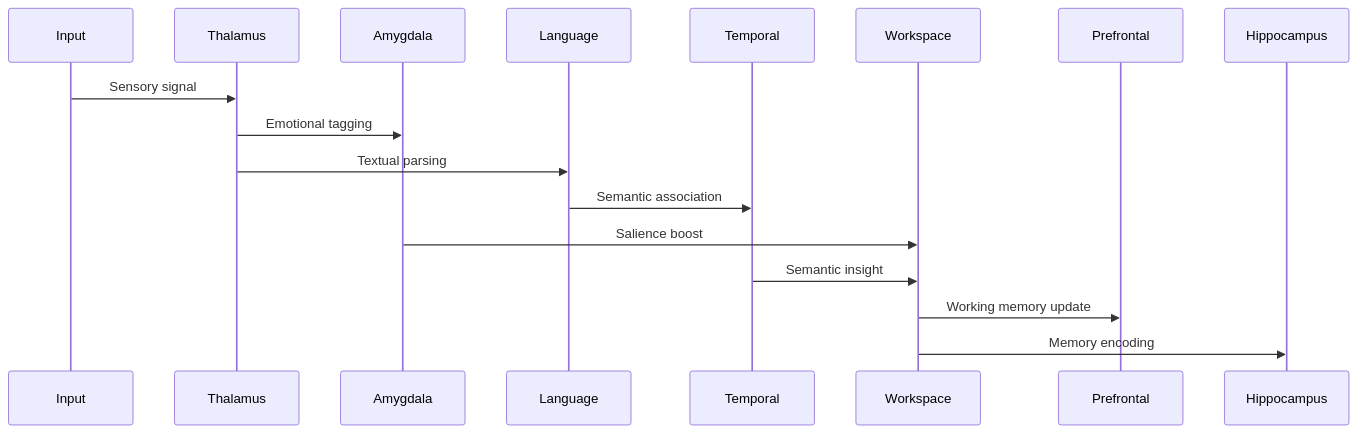
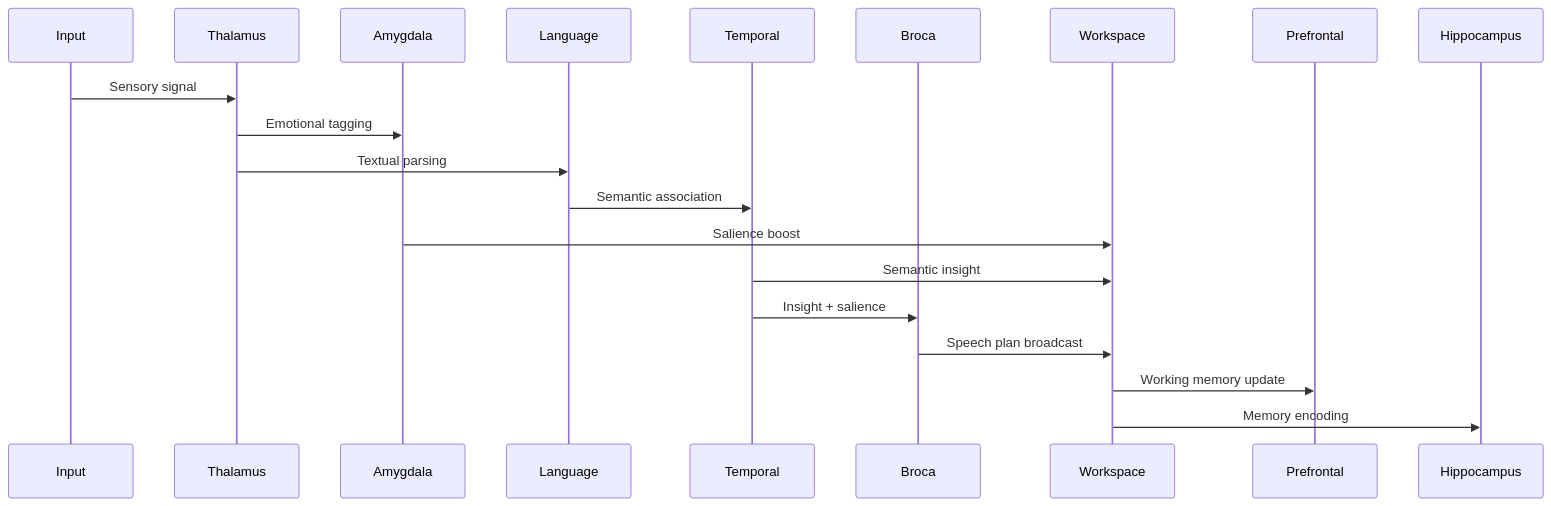
One commit to simonsickle/digital-brain changed the second of 2 diagrams in docs/REGION_MAP.md. Above: the diagram before and after it, drawn with Mermaid. The commit also changed other lines of this file and 10 other files, not shown here.

Commit message:
Add Broca speech planning integration

````diff
--- a/docs/REGION_MAP.md
+++ b/docs/REGION_MAP.md
@@ -64,20 +68,23 @@
 ```mermaid
 sequenceDiagram
     participant Input
     participant Thalamus
     participant Amygdala
     participant Language
     participant Temporal
+    participant Broca
     participant Workspace
     participant Prefrontal
     participant Hippocampus
 
     Input->>Thalamus: Sensory signal
     Thalamus->>Amygdala: Emotional tagging
     Thalamus->>Language: Textual parsing
     Language->>Temporal: Semantic association
     Amygdala->>Workspace: Salience boost
     Temporal->>Workspace: Semantic insight
+    Temporal->>Broca: Insight + salience
+    Broca->>Workspace: Speech plan broadcast
     Workspace->>Prefrontal: Working memory update
     Workspace->>Hippocampus: Memory encoding
 ```
````
